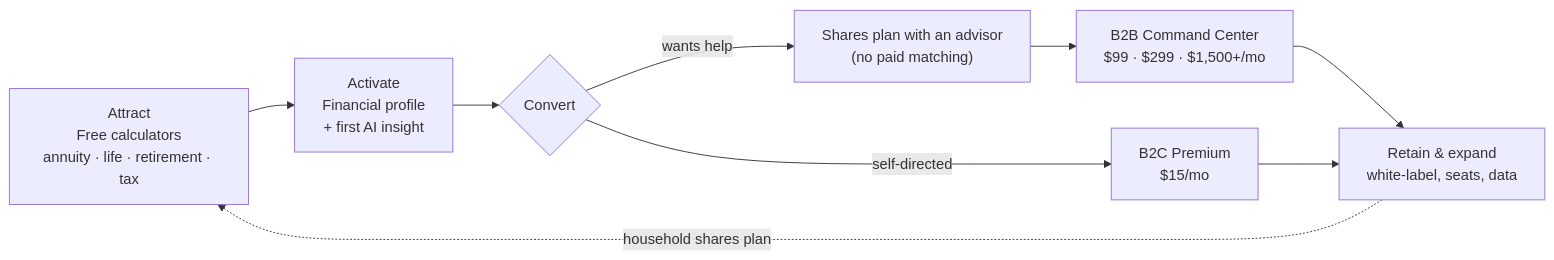
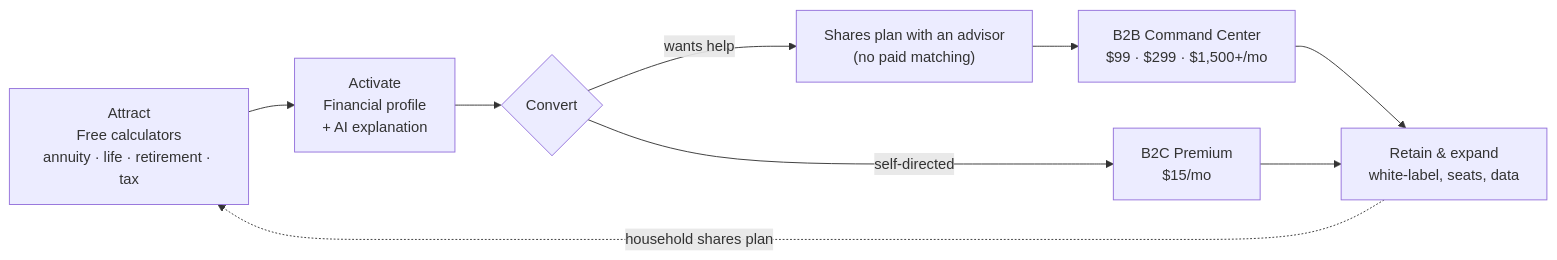
One commit to marcusdax/Kimi_Agent_Fiduciary-OS-Business-Blueprint changed the diagram in README.md. Above: the diagram before and after it, drawn with Mermaid. The commit also changed other lines of this file and 1 other file, not shown here.

````diff
--- a/README.md
+++ b/README.md
@@ -27,11 +28,11 @@
 ```mermaid
 flowchart LR
-    A["Attract<br/>Free calculators<br/>annuity · life · retirement · tax"] --> B["Activate<br/>Financial profile<br/>+ first AI insight"]
+    A["Attract<br/>Free calculators<br/>annuity · life · retirement · tax"] --> B["Activate<br/>Financial profile<br/>+ AI explanation"]
     B --> C{"Convert"}
     C -->|self-directed| D["B2C Premium<br/>$15/mo"]
     C -->|wants help| E["Shares plan with an advisor<br/>(no paid matching)"]
     E --> F["B2B Command Center<br/>$99 · $299 · $1,500+/mo"]
     F --> G["Retain & expand<br/>white-label, seats, data"]
     D --> G
     G -.->|household shares plan| A
 ```
````
